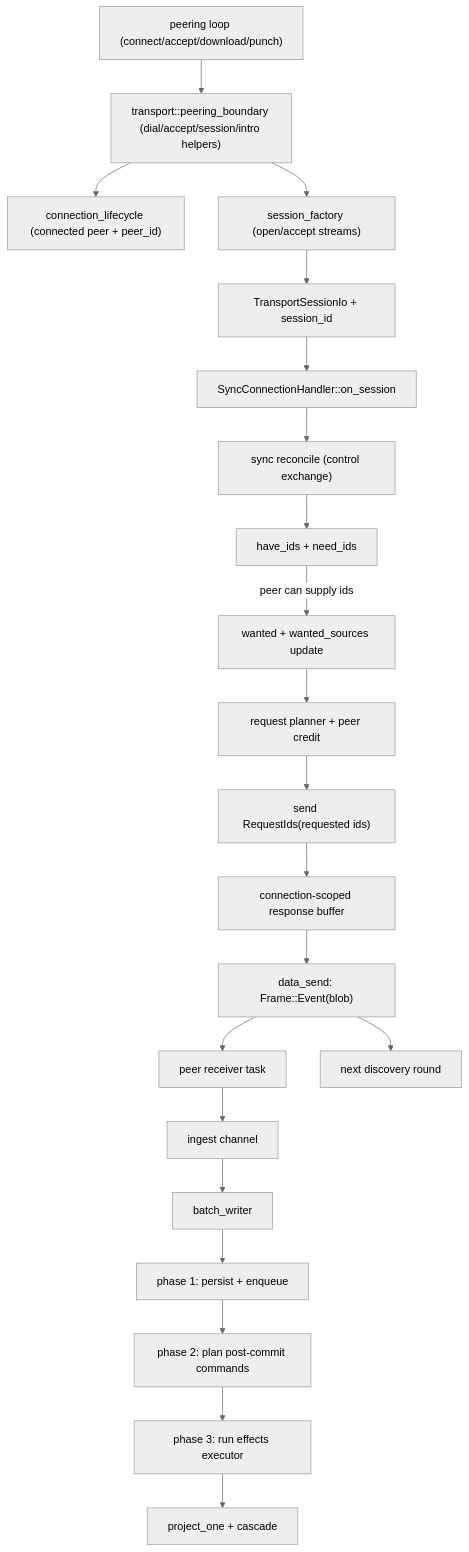
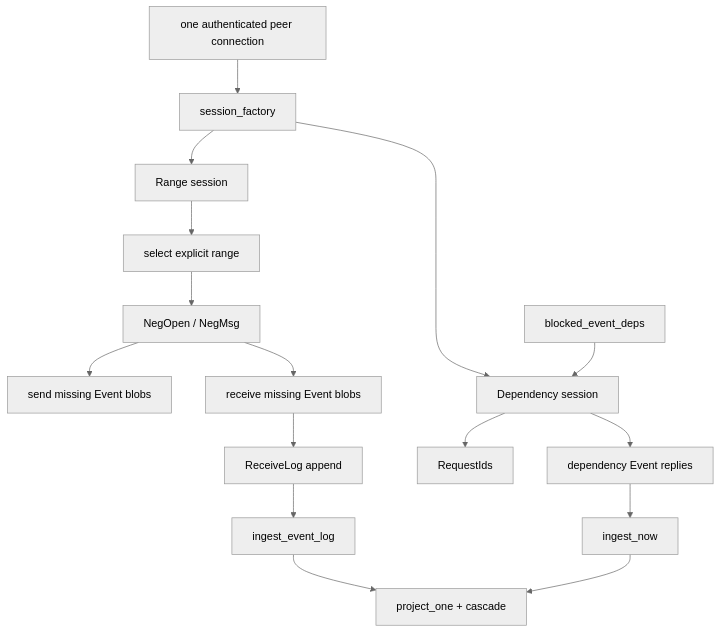
Before and after one commit to holmesworcester/topo: the third of 8 diagrams in docs/DESIGN_DIAGRAMS.md, drawn with Mermaid (neutral theme). The commit also changed other lines of this file and 3 other files, not shown here.

Commit message:
Align docs with range-owned sync runtime

````diff
--- a/docs/DESIGN_DIAGRAMS.md
+++ b/docs/DESIGN_DIAGRAMS.md
@@ -66,27 +65,20 @@
 ```mermaid
 flowchart TD
-    PEER["peering loop (connect/accept/download/punch)"] --> BOUND["transport::peering_boundary (dial/accept/session/intro helpers)"]
-    BOUND --> LIFE["connection_lifecycle (connected peer + peer_id)"]
-    BOUND --> FACT["session_factory (open/accept streams)"]
-    FACT --> IO["TransportSessionIo + session_id"]
-    IO --> HANDLER["SyncConnectionHandler::on_session"]
+    PEER["one authenticated peer connection"] --> FACT["session_factory"]
 
-    HANDLER --> SYNC_RECON["sync reconcile (control exchange)"]
-    SYNC_RECON --> IDS["have_ids + need_ids"]
+    FACT --> RANGE["Range session"]
+    RANGE --> WIN["select explicit range"]
+    WIN --> NEG["NegOpen / NegMsg"]
+    NEG --> SEND["send missing Event blobs"]
+    NEG --> RECV["receive missing Event blobs"]
+    RECV --> LOG["ReceiveLog append"]
+    LOG --> INGEST["ingest_event_log"]
+    INGEST --> PROJ["project_one + cascade"]
 
-    IDS -->|peer can supply ids| WANT["wanted + wanted_sources update"]
-    WANT --> PLAN["request planner + peer credit"]
-    PLAN --> REQ["send RequestIds(requested ids)"]
-    REQ --> RESPQ["connection-scoped response buffer"]
-    RESPQ --> OUT["data_send: Frame::Event(blob)"]
-    OUT --> RX["peer receiver task"]
-    RX --> IN["ingest channel"]
-
-    IN --> WRITER["batch_writer"]
-    WRITER --> P1["phase 1: persist + enqueue"]
-    P1 --> P2["phase 2: plan post-commit commands"]
-    P2 --> P3["phase 3: run effects executor"]
-    P3 --> PROJ["project_one + cascade"]
-
-    OUT --> NEXT["next discovery round"]
+    FACT --> DEP["Dependency session"]
+    BLOCKED["blocked_event_deps"] --> DEP
+    DEP --> REQ["RequestIds"]
+    DEP --> REPLY["dependency Event replies"]
+    REPLY --> NOW["ingest_now"]
+    NOW --> PROJ
 ```
````
